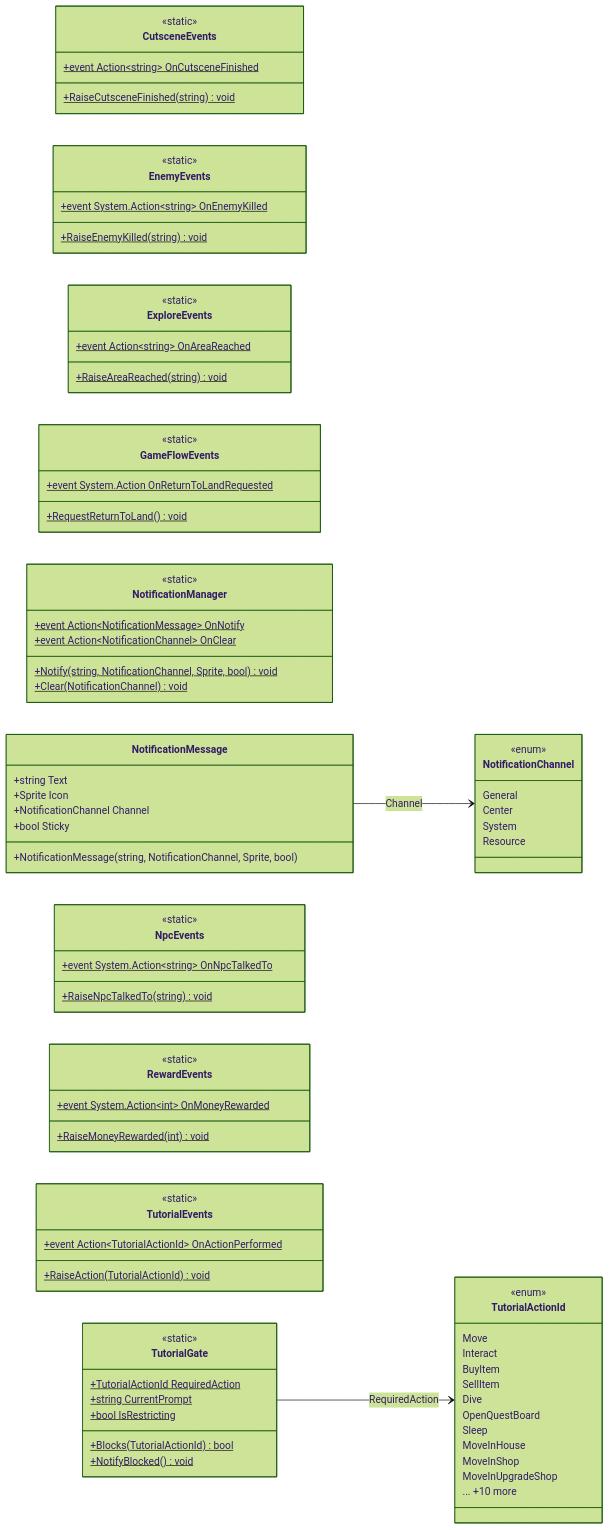
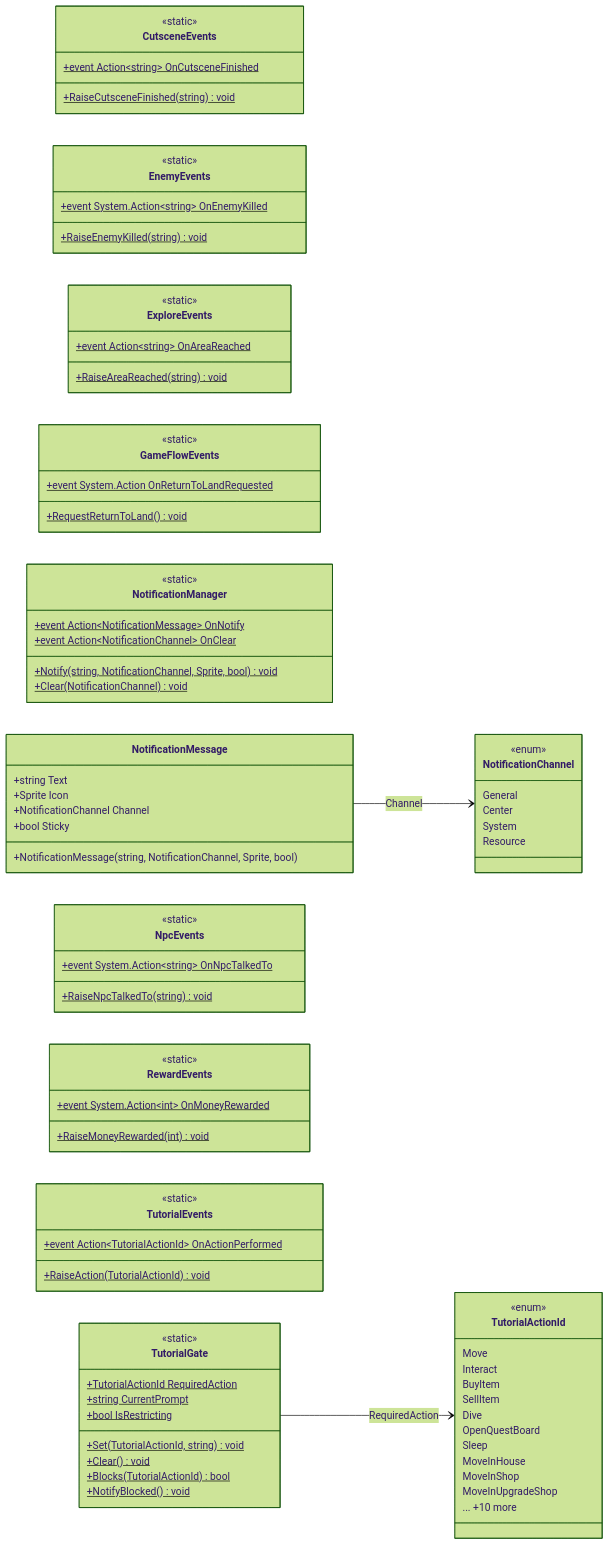
The diagram in docs/uml/modules/Core_Events.md (PhumipatWave/project-ocean), drawn with Mermaid (forest theme) before and after one commit. The commit also changed other lines of this file and 55 other files, not shown here.

```diff
--- a/docs/uml/modules/Core_Events.md
+++ b/docs/uml/modules/Core_Events.md
@@ -82,6 +82,8 @@
     +TutorialActionId RequiredAction$
     +string CurrentPrompt$
     +bool IsRestricting$
+    +Set(TutorialActionId, string)$ void
+    +Clear()$ void
     +Blocks(TutorialActionId)$ bool
     +NotifyBlocked()$ void
   }
```
